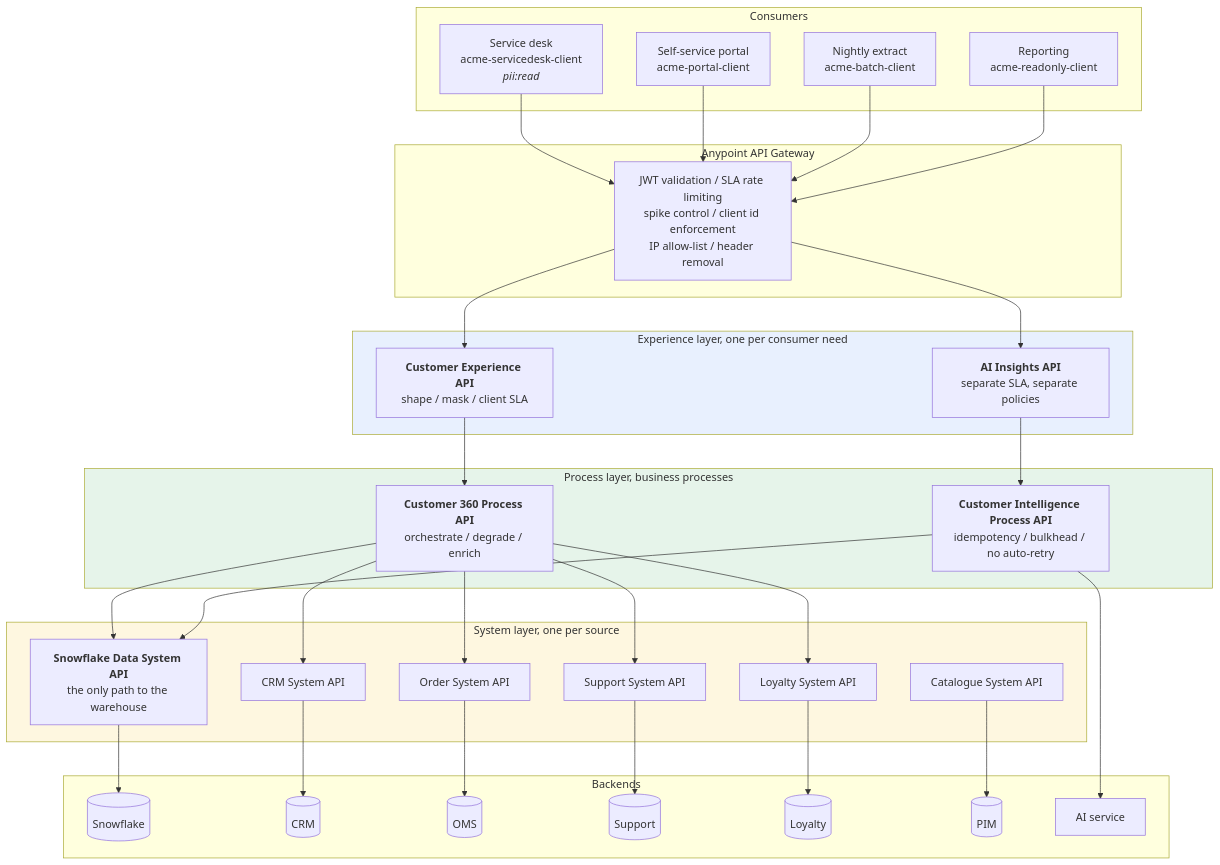
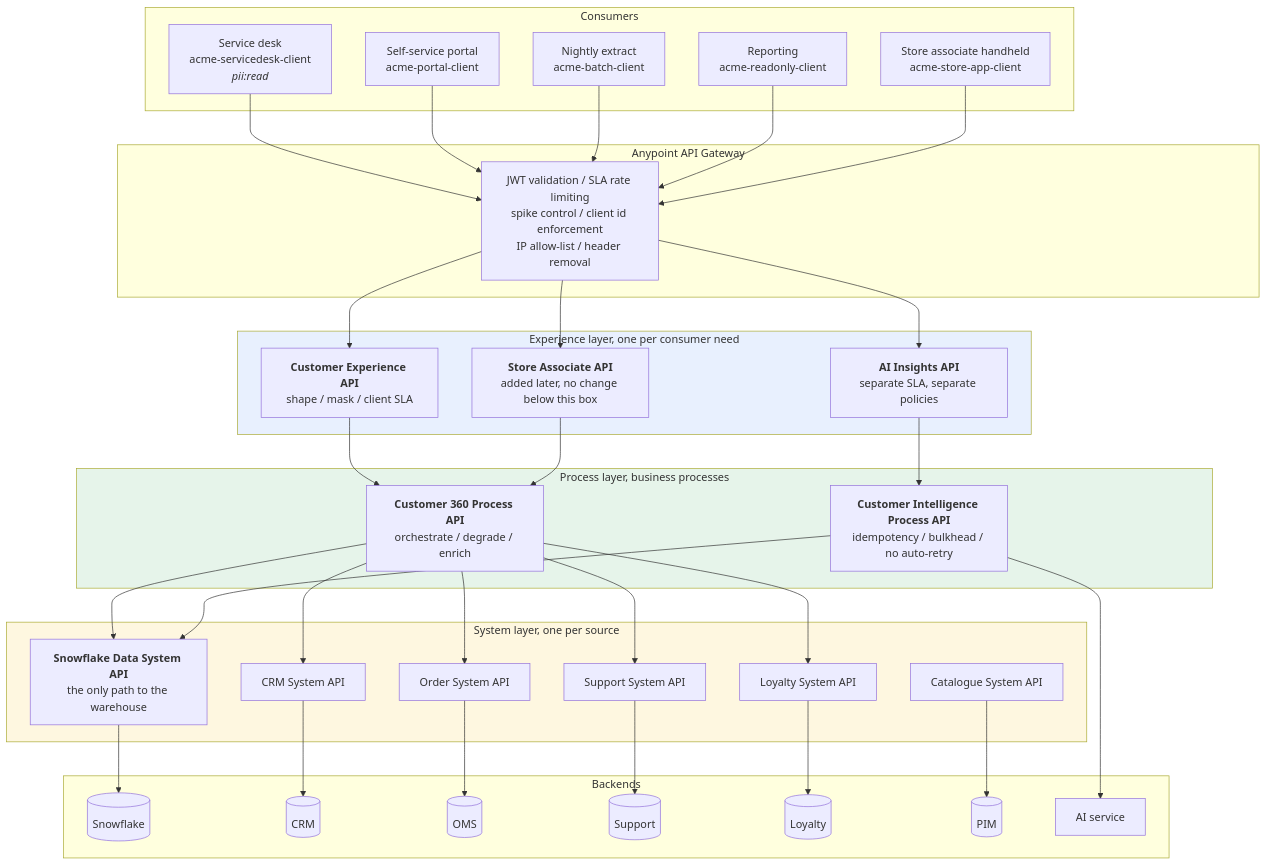
Before and after one commit to raghubavaraju/enterprise-data-ai-integration-platform: the diagram in diagrams/02-api-led-architecture.md, drawn with Mermaid. The commit also changed other lines of this file and 27 other files, not shown here.

````diff
--- a/diagrams/02-api-led-architecture.md
+++ b/diagrams/02-api-led-architecture.md
@@ -5,70 +5,75 @@
 ```mermaid
 flowchart TB
     subgraph C["Consumers"]
         SDA["Service desk<br/>acme-servicedesk-client<br/><i>pii:read</i>"]
         PORT["Self-service portal<br/>acme-portal-client"]
         BATCH["Nightly extract<br/>acme-batch-client"]
         RO["Reporting<br/>acme-readonly-client"]
+        STA["Store associate handheld<br/>acme-store-app-client"]
     end
 
     subgraph GW["Anypoint API Gateway"]
         POL["JWT validation / SLA rate limiting<br/>spike control / client id enforcement<br/>IP allow-list / header removal"]
     end
 
     subgraph EXP["Experience layer, one per consumer need"]
         CXA["<b>Customer Experience API</b><br/>shape / mask / client SLA"]
         AIA["<b>AI Insights API</b><br/>separate SLA, separate policies"]
+        SAA["<b>Store Associate API</b><br/>added later, no change below this box"]
     end
 
     subgraph PRO["Process layer, business processes"]
         C360["<b>Customer 360 Process API</b><br/>orchestrate / degrade / enrich"]
         CIP["<b>Customer Intelligence Process API</b><br/>idempotency / bulkhead / no auto-retry"]
     end
 
     subgraph SYS["System layer, one per source"]
         SFA["<b>Snowflake Data System API</b><br/>the only path to the warehouse"]
         CRMA["CRM System API"]
         OMSA["Order System API"]
         SUPA["Support System API"]
         LOYA["Loyalty System API"]
         PIMA["Catalogue System API"]
     end
 
     subgraph BE["Backends"]
         SF[("Snowflake")]
         CRM[("CRM")]
         OMS[("OMS")]
         SUP[("Support")]
         LOY[("Loyalty")]
         PIM[("PIM")]
         AISVC["AI service"]
     end
 
     SDA --> POL
     PORT --> POL
     BATCH --> POL
     RO --> POL
+    STA --> POL
     POL --> CXA
     POL --> AIA
+    POL --> SAA
 
     CXA --> C360
+    SAA --> C360
     AIA --> CIP
     C360 --> SFA
     C360 --> CRMA
     C360 --> OMSA
     C360 --> SUPA
     C360 --> LOYA
     CIP --> SFA
     CIP --> AISVC
 
     SFA --> SF
     CRMA --> CRM
     OMSA --> OMS
     SUPA --> SUP
     LOYA --> LOY
     PIMA --> PIM
 
     style EXP fill:#e8f0fe
     style PRO fill:#e6f4ea
     style SYS fill:#fef7e0
 ```
````
